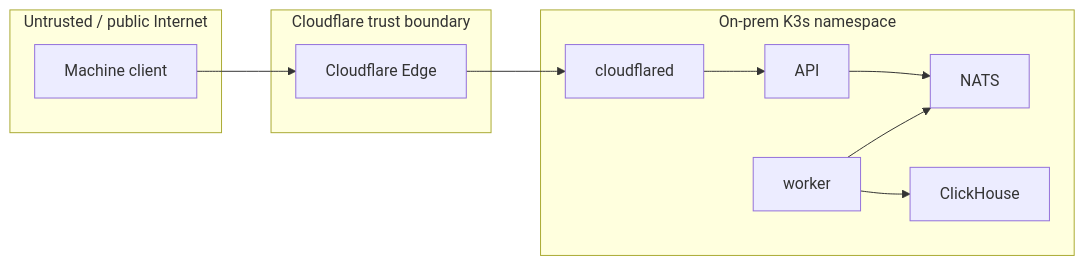
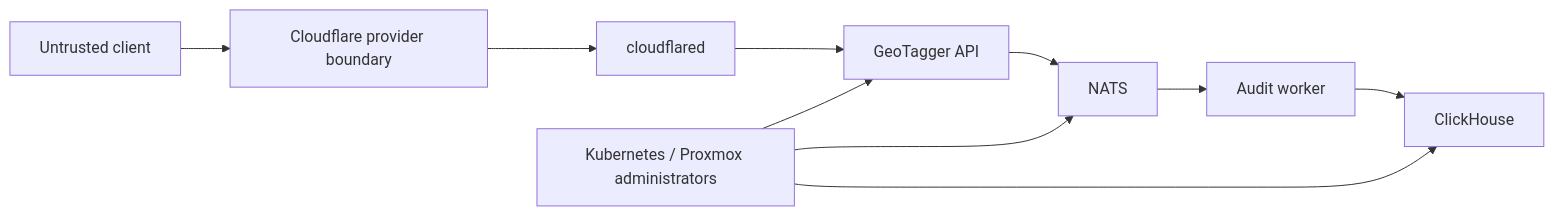
The second of 9 diagrams in docs/PROJECT_OVERVIEW.md (Jstarzz/geotagger), drawn with Mermaid before and after one commit. The commit also changed other lines of this file, not shown here.

Commit message:
docs: tighten project overview and sanitize diagrams

````diff
--- a/docs/PROJECT_OVERVIEW.md
+++ b/docs/PROJECT_OVERVIEW.md
@@ -347,25 +246,12 @@
 ```mermaid
 flowchart LR
-    subgraph INTERNET[Untrusted / public Internet]
-        CLIENT[Machine client]
-    end
-
-    subgraph CLOUDFLARE[Cloudflare trust boundary]
-        EDGE[Cloudflare Edge]
-    end
-
-    subgraph CLUSTER[On-prem K3s namespace]
-        CFD[cloudflared]
-        API[API]
-        NATS[NATS]
-        WORKER[worker]
-        CH[ClickHouse]
-    end
-
-    CLIENT --> EDGE
-    EDGE --> CFD
-    CFD --> API
-    API --> NATS
-    WORKER --> NATS
-    WORKER --> CH
+    CLIENT["Untrusted client"] --> EDGE["Cloudflare provider boundary"]
+    EDGE --> CFD["cloudflared"]
+    CFD --> API["GeoTagger API"]
+    API --> NATS["NATS"]
+    NATS --> WORKER["Audit worker"]
+    WORKER --> CH["ClickHouse"]
+    ADMIN["Kubernetes / Proxmox administrators"] --> API
+    ADMIN --> NATS
+    ADMIN --> CH
 ```
````
